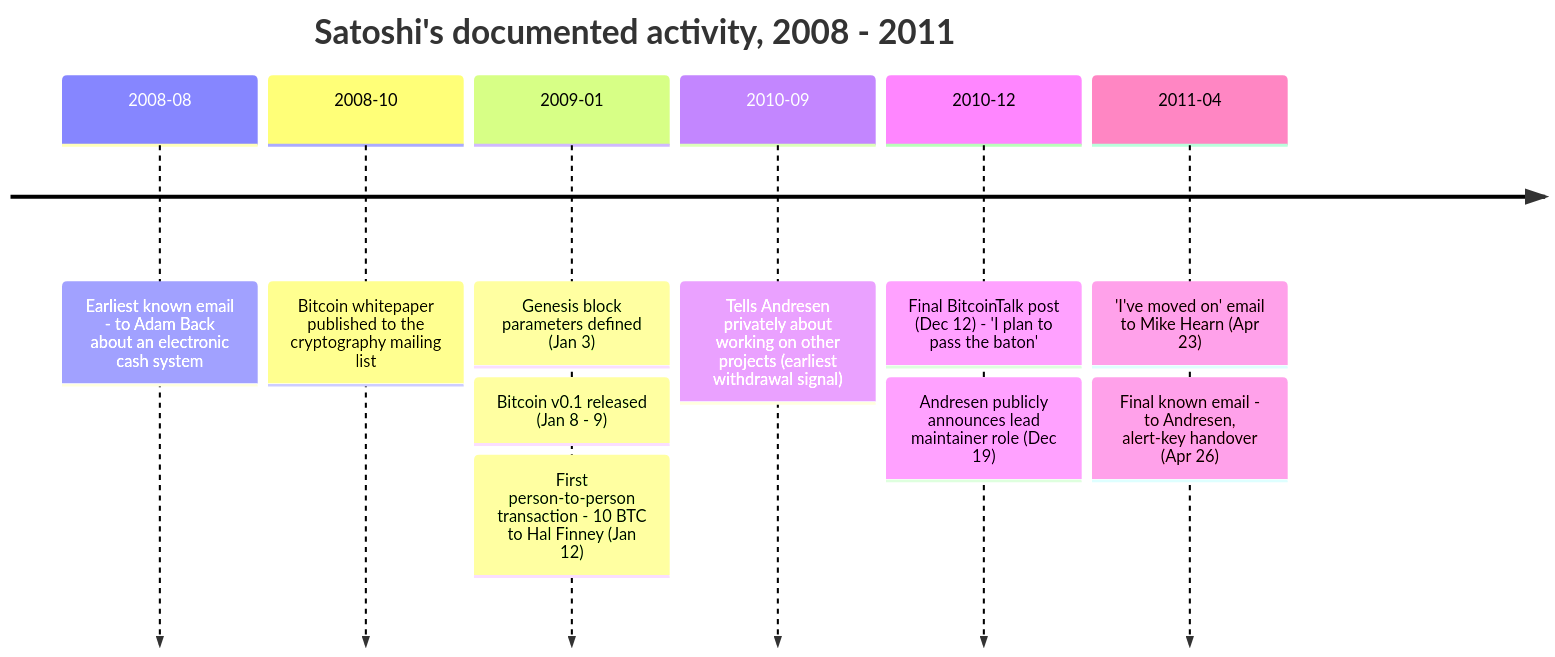
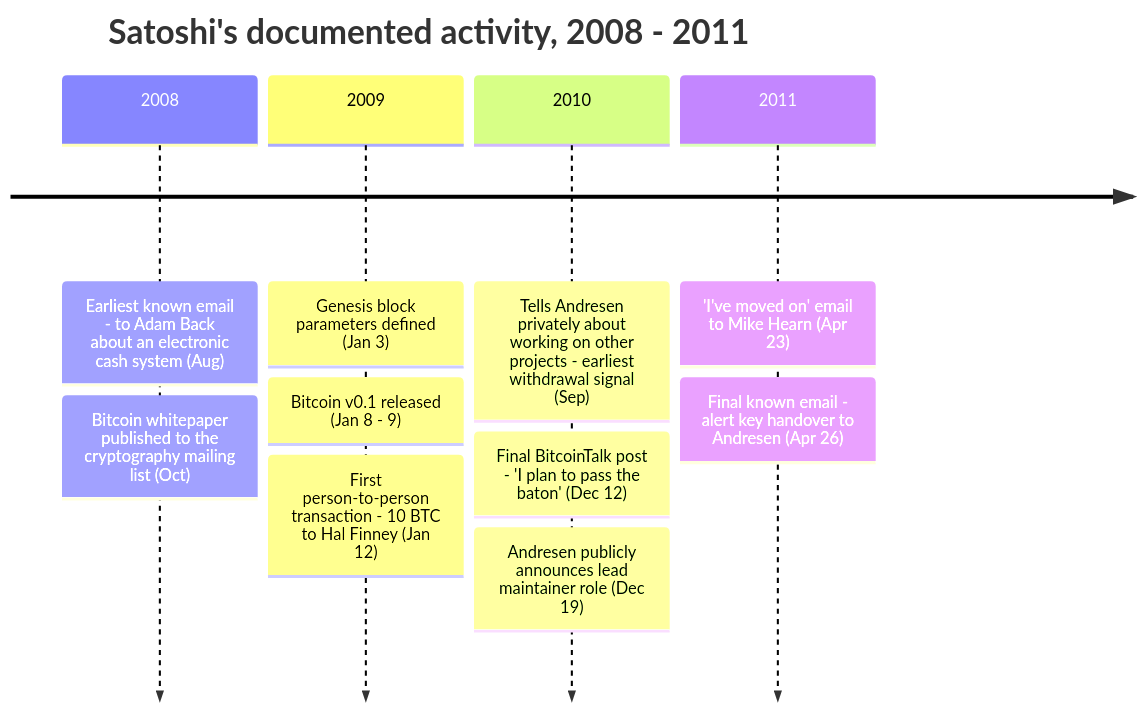
Before and after one commit to cypher256/BitcoinArchive: the diagram in src/data/entries/en/aftermath/2008-10-31-satoshi-nakamoto-biography.md, drawn with Mermaid. The commit also changed 29 other files, not shown here.

````diff
--- a/src/data/entries/en/aftermath/2008-10-31-satoshi-nakamoto-biography.md
+++ b/src/data/entries/en/aftermath/2008-10-31-satoshi-nakamoto-biography.md
@@ -59,14 +59,14 @@
 ```mermaid
 timeline
     title Satoshi's documented activity, 2008 - 2011
-    2008-08 : Earliest known email - to Adam Back about an electronic cash system
-    2008-10 : Bitcoin whitepaper published to the cryptography mailing list
-    2009-01 : Genesis block parameters defined (Jan 3)
-            : Bitcoin v0.1 released (Jan 8 - 9)
-            : First person-to-person transaction - 10 BTC to Hal Finney (Jan 12)
-    2010-09 : Tells Andresen privately about working on other projects (earliest withdrawal signal)
-    2010-12 : Final BitcoinTalk post (Dec 12) - 'I plan to pass the baton'
-            : Andresen publicly announces lead maintainer role (Dec 19)
-    2011-04 : 'I've moved on' email to Mike Hearn (Apr 23)
-            : Final known email - to Andresen, alert-key handover (Apr 26)
+    2008 : Earliest known email - to Adam Back about an electronic cash system (Aug)
+         : Bitcoin whitepaper published to the cryptography mailing list (Oct)
+    2009 : Genesis block parameters defined (Jan 3)
+         : Bitcoin v0.1 released (Jan 8 - 9)
+         : First person-to-person transaction - 10 BTC to Hal Finney (Jan 12)
+    2010 : Tells Andresen privately about working on other projects - earliest withdrawal signal (Sep)
+         : Final BitcoinTalk post - 'I plan to pass the baton' (Dec 12)
+         : Andresen publicly announces lead maintainer role (Dec 19)
+    2011 : 'I've moved on' email to Mike Hearn (Apr 23)
+         : Final known email - alert key handover to Andresen (Apr 26)
 ```
````
